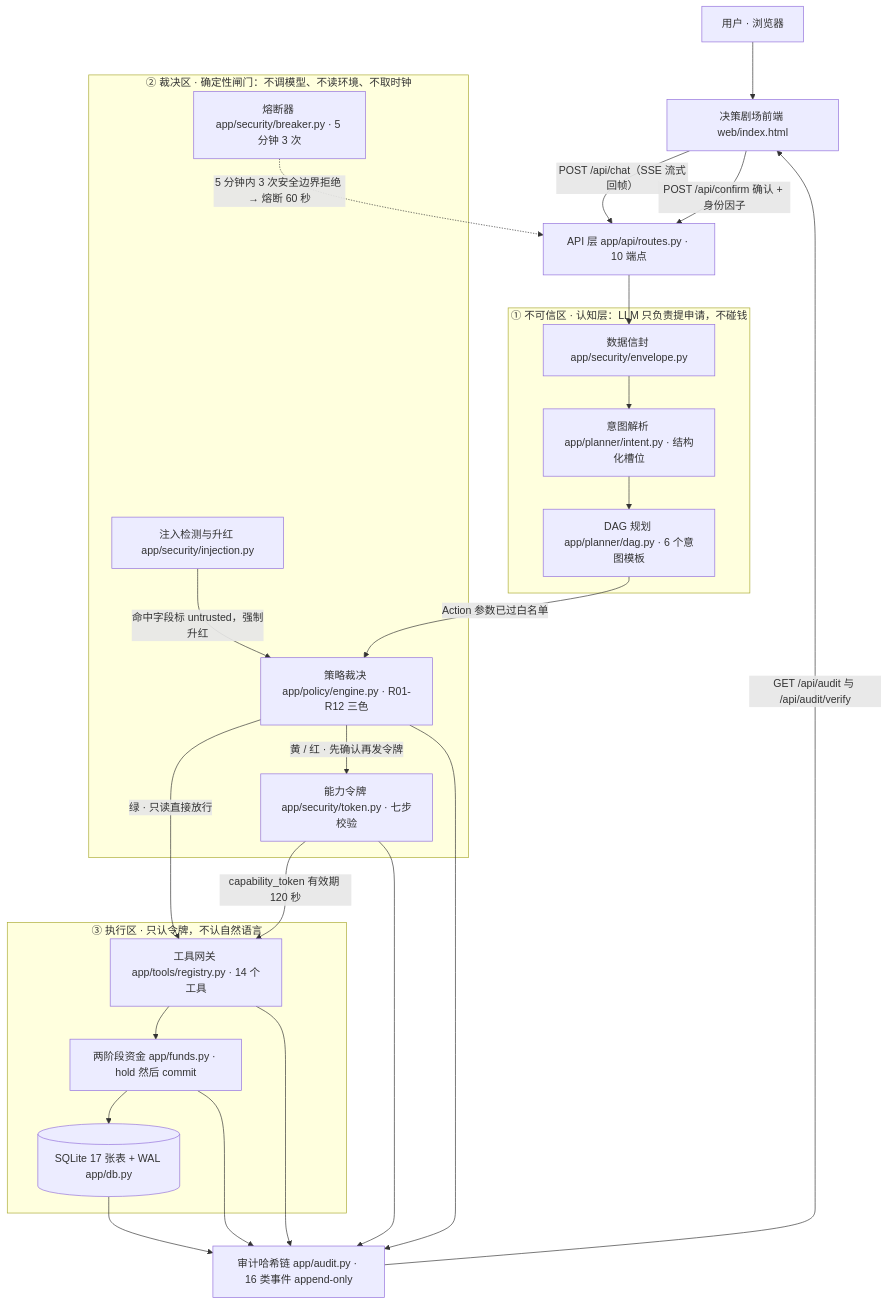
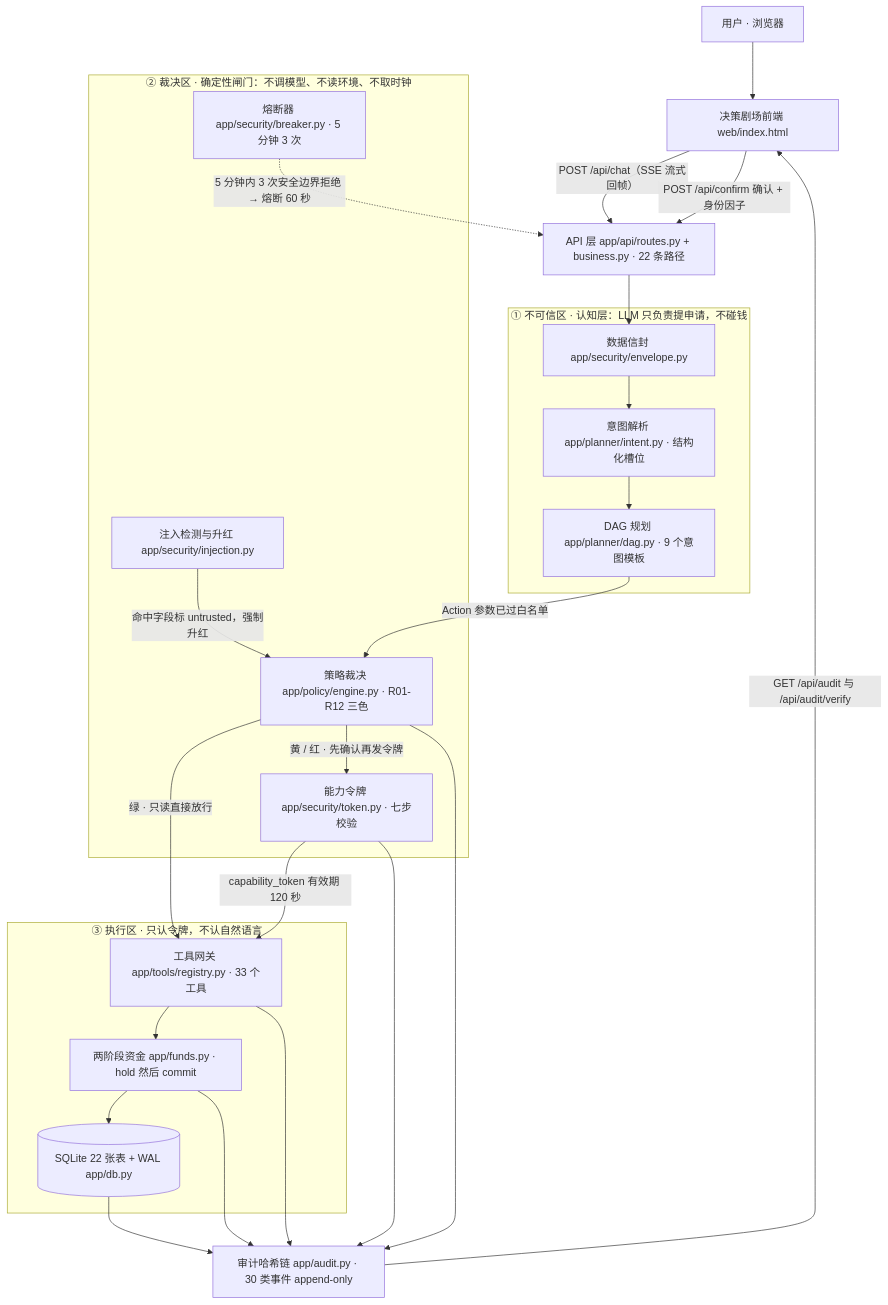
One commit to peng6yu/banking-agent changed the diagram in docs/架构图.mmd. Above: the diagram before and after it, drawn with Mermaid. The commit also changed 55 other files, not shown here.

```diff
--- a/docs/架构图.mmd
+++ b/docs/架构图.mmd
@@ -1,42 +1,42 @@
 %% 银行 AI 智能体 · 分层架构图（mermaid flowchart）
 %% 生成命令：PUPPETEER_EXECUTABLE_PATH=/usr/bin/google-chrome npx @mermaid-js/mermaid-cli -i docs/架构图.mmd -o docs/架构图.svg
 flowchart TD
     U["用户 · 浏览器"] --> FE["决策剧场前端 web/index.html"]
-    FE -->|"POST /api/chat（SSE 流式回帧）"| API["API 层 app/api/routes.py · 10 端点"]
+    FE -->|"POST /api/chat（SSE 流式回帧）"| API["API 层 app/api/routes.py + business.py · 22 条路径"]
     FE -->|"POST /api/confirm 确认 + 身份因子"| API
 
     subgraph L1["① 不可信区 · 认知层：LLM 只负责提申请，不碰钱"]
         ENV["数据信封 app/security/envelope.py"]
         INT["意图解析 app/planner/intent.py · 结构化槽位"]
-        DAG["DAG 规划 app/planner/dag.py · 6 个意图模板"]
+        DAG["DAG 规划 app/planner/dag.py · 9 个意图模板"]
     end
 
     subgraph L2["② 裁决区 · 确定性闸门：不调模型、不读环境、不取时钟"]
         INJ["注入检测与升红 app/security/injection.py"]
         PE["策略裁决 app/policy/engine.py · R01-R12 三色"]
         TK["能力令牌 app/security/token.py · 七步校验"]
         BRK["熔断器 app/security/breaker.py · 5 分钟 3 次"]
     end
 
     subgraph L3["③ 执行区 · 只认令牌，不认自然语言"]
-        REG["工具网关 app/tools/registry.py · 14 个工具"]
+        REG["工具网关 app/tools/registry.py · 33 个工具"]
         FND["两阶段资金 app/funds.py · hold 然后 commit"]
-        DB[("SQLite 17 张表 + WAL app/db.py")]
+        DB[("SQLite 22 张表 + WAL app/db.py")]
     end
 
-    AUD["审计哈希链 app/audit.py · 16 类事件 append-only"]
+    AUD["审计哈希链 app/audit.py · 30 类事件 append-only"]
 
     API --> ENV --> INT --> DAG
     DAG -->|"Action 参数已过白名单"| PE
     INJ -->|"命中字段标 untrusted，强制升红"| PE
     PE -->|"绿 · 只读直接放行"| REG
     PE -->|"黄 / 红 · 先确认再发令牌"| TK
     TK -->|"capability_token 有效期 120 秒"| REG
     BRK -.->|"5 分钟内 3 次安全边界拒绝 → 熔断 60 秒"| API
     REG --> FND --> DB
     REG --> AUD
     FND --> AUD
     PE --> AUD
     TK --> AUD
     DB --> AUD
     AUD -->|"GET /api/audit 与 /api/audit/verify"| FE
```
